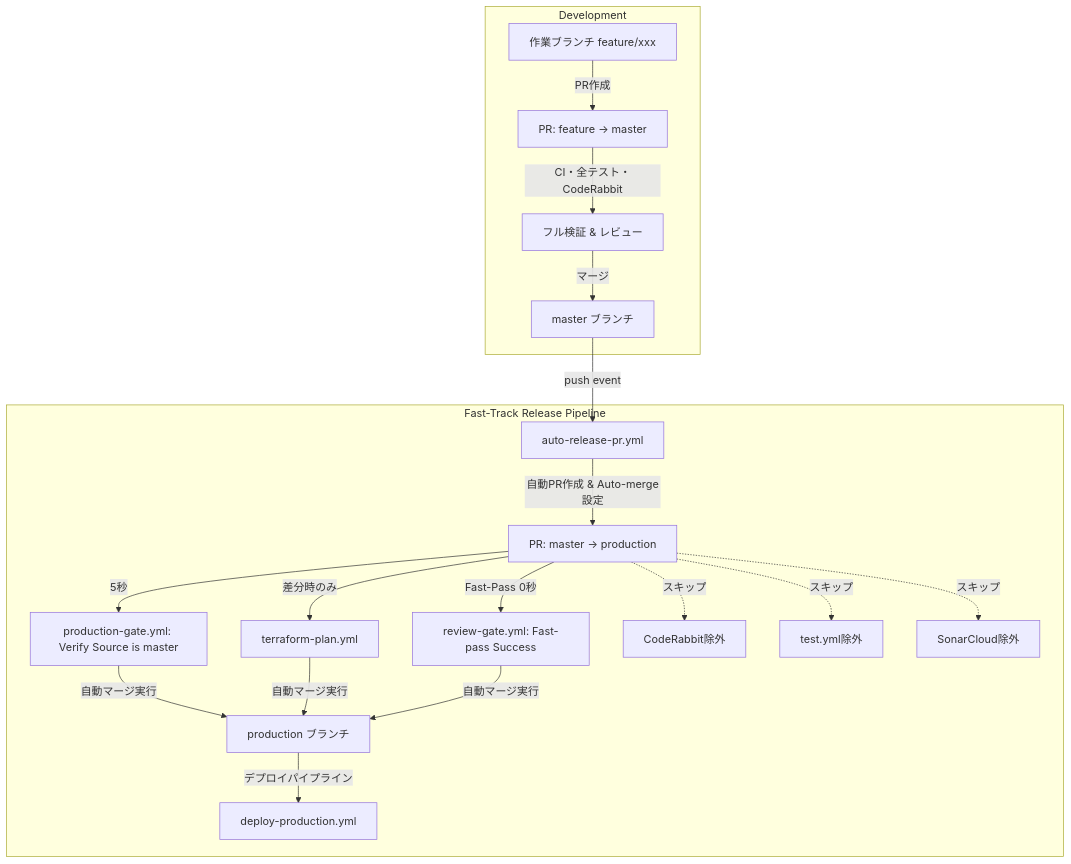
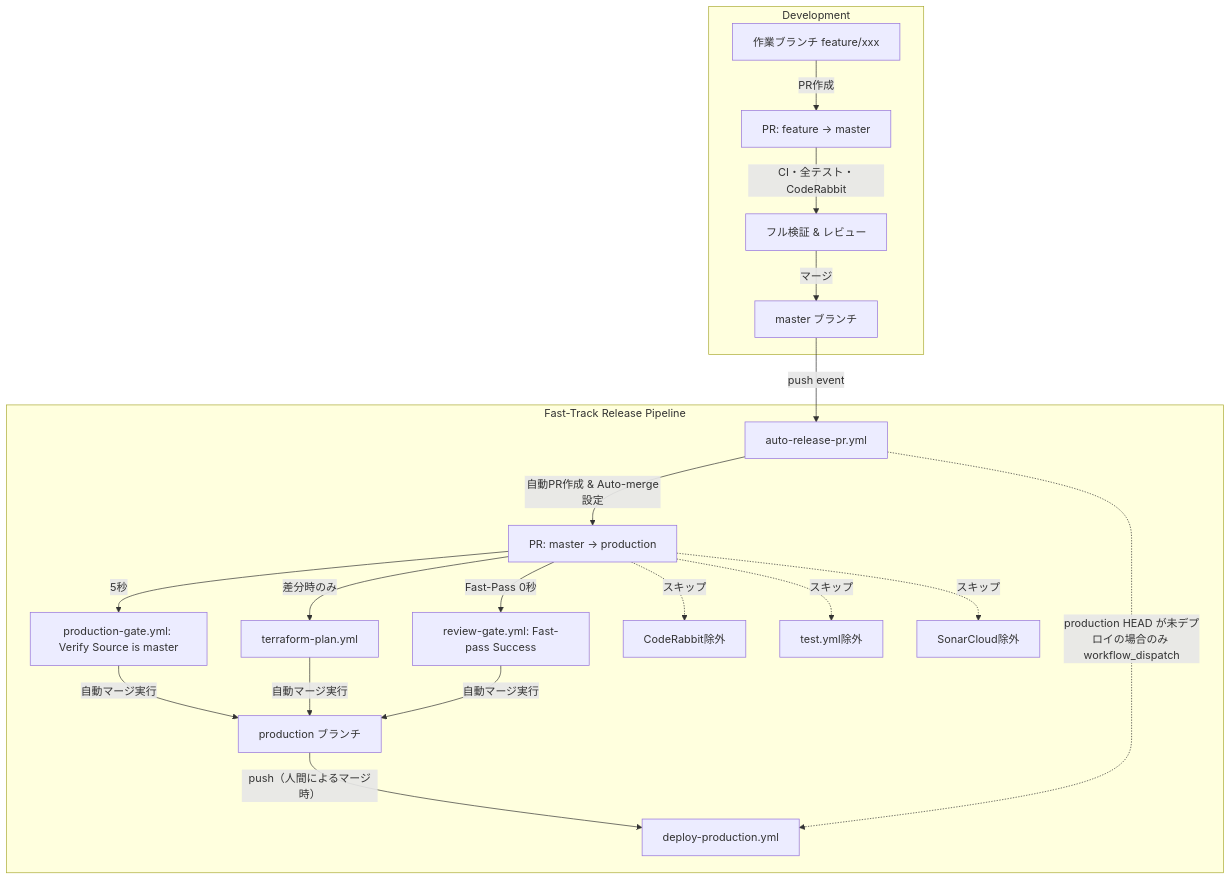
The diagram in docs/basic_design/prod_merge_ci_speedup.md (AnaharaYasuo/realestate_crawler), drawn with Mermaid before and after one commit. The commit also changed other lines of this file and 6 other files, not shown here.

First line of the commit message:
[#546] auto-merge 後の本番デプロイを workflow_dispatch で起動保証 (#547)

````diff
--- a/docs/basic_design/prod_merge_ci_speedup.md
+++ b/docs/basic_design/prod_merge_ci_speedup.md
@@ -9,21 +9,22 @@
 ```mermaid
 flowchart TD
     subgraph Development
         FeatureBranch[作業ブランチ feature/xxx] -->|PR作成| MasterPR[PR: feature -> master]
         MasterPR -->|CI・全テスト・CodeRabbit| MasterReview[フル検証 & レビュー]
         MasterReview -->|マージ| Master[master ブランチ]
     end
 
     subgraph Fast-Track Release Pipeline
         Master -->|push event| AutoRelease[auto-release-pr.yml]
         AutoRelease -->|自動PR作成 & Auto-merge設定| ProdPR[PR: master -> production]
         ProdPR -->|5秒| ProdGate[production-gate.yml: Verify Source is master]
         ProdPR -->|差分時のみ| TFPlan[terraform-plan.yml]
         ProdPR -->|Fast-Pass 0秒| ReviewGate[review-gate.yml: Fast-pass Success]
         ProdPR -.->|スキップ| NoCodeRabbit[CodeRabbit除外]
         ProdPR -.->|スキップ| NoDuplicateTests[test.yml除外]
         ProdPR -.->|スキップ| NoSonar[SonarCloud除外]
         ProdGate & TFPlan & ReviewGate -->|自動マージ実行| ProdBranch[production ブランチ]
-        ProdBranch -->|デプロイパイプライン| DeployProd[deploy-production.yml]
+        ProdBranch -->|push（人間によるマージ時）| DeployProd[deploy-production.yml]
+        AutoRelease -.->|production HEAD が未デプロイの場合のみ workflow_dispatch| DeployProd
     end
 ```
````
